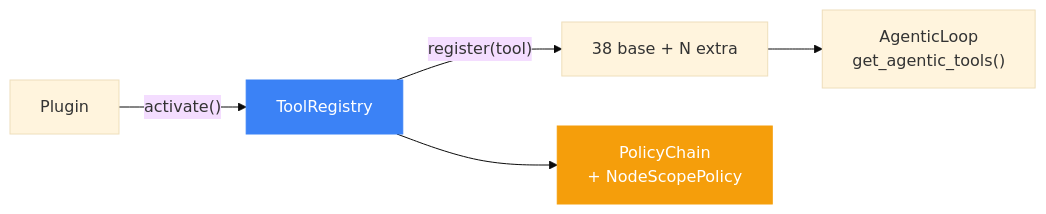
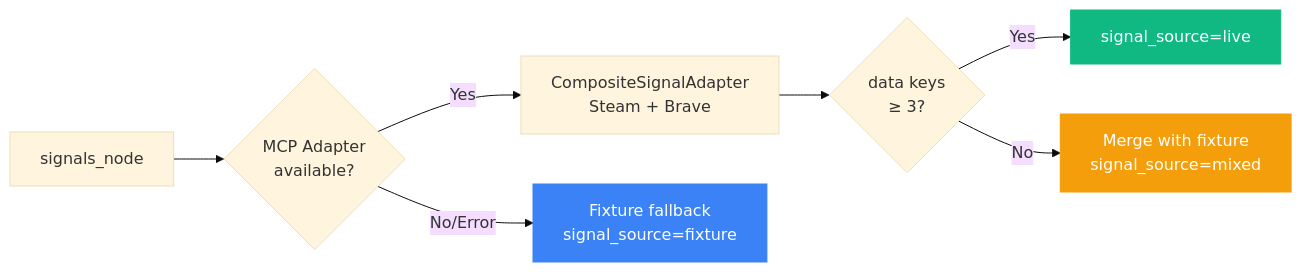
The sixth of 11 diagrams in README.md (mangowhoiscloud/geode), drawn with Mermaid (base theme) before and after one commit. The commit also changed other lines of this file, not shown here.

````diff
--- a/README.md
+++ b/README.md
@@ -563,10 +259,13 @@
 ```mermaid
 graph LR
-    Plugin["Plugin"] -->|"activate()"| Reg["ToolRegistry"]
-    Reg -->|"register(tool)"| Tools["38 base + N extra"]
-    Tools --> AL["AgenticLoop<br/>get_agentic_tools()"]
-    Reg --> Policy["PolicyChain<br/>+ NodeScopePolicy"]
+    SN["signals_node"] --> Adapter{"MCP Adapter<br/>available?"}
+    Adapter -->|Yes| Composite["CompositeSignalAdapter<br/>Steam + Brave"]
+    Composite --> Keys{"data keys<br/>≥ 3?"}
+    Keys -->|Yes| Live["signal_source=live"]
+    Keys -->|No| Mix["Merge with fixture<br/>signal_source=mixed"]
+    Adapter -->|No/Error| Fix["Fixture fallback<br/>signal_source=fixture"]
 
-    style Reg fill:#3b82f6,stroke:#3b82f6,color:#fff
-    style Policy fill:#f59e0b,stroke:#f59e0b,color:#fff
+    style Live fill:#10b981,stroke:#10b981,color:#fff
+    style Mix fill:#f59e0b,stroke:#f59e0b,color:#fff
+    style Fix fill:#3b82f6,stroke:#3b82f6,color:#fff
 ```
````
